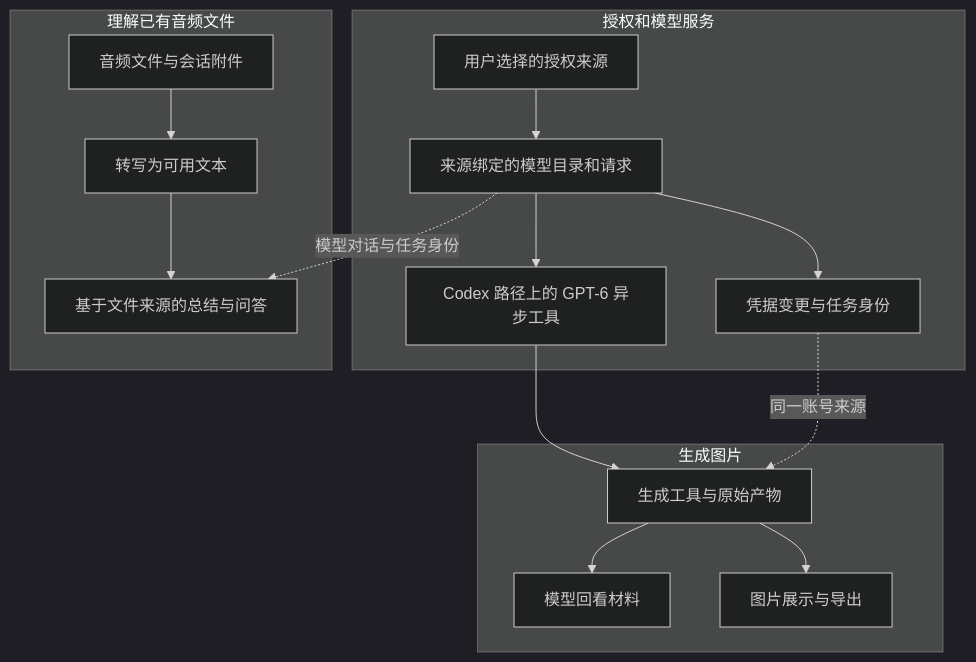
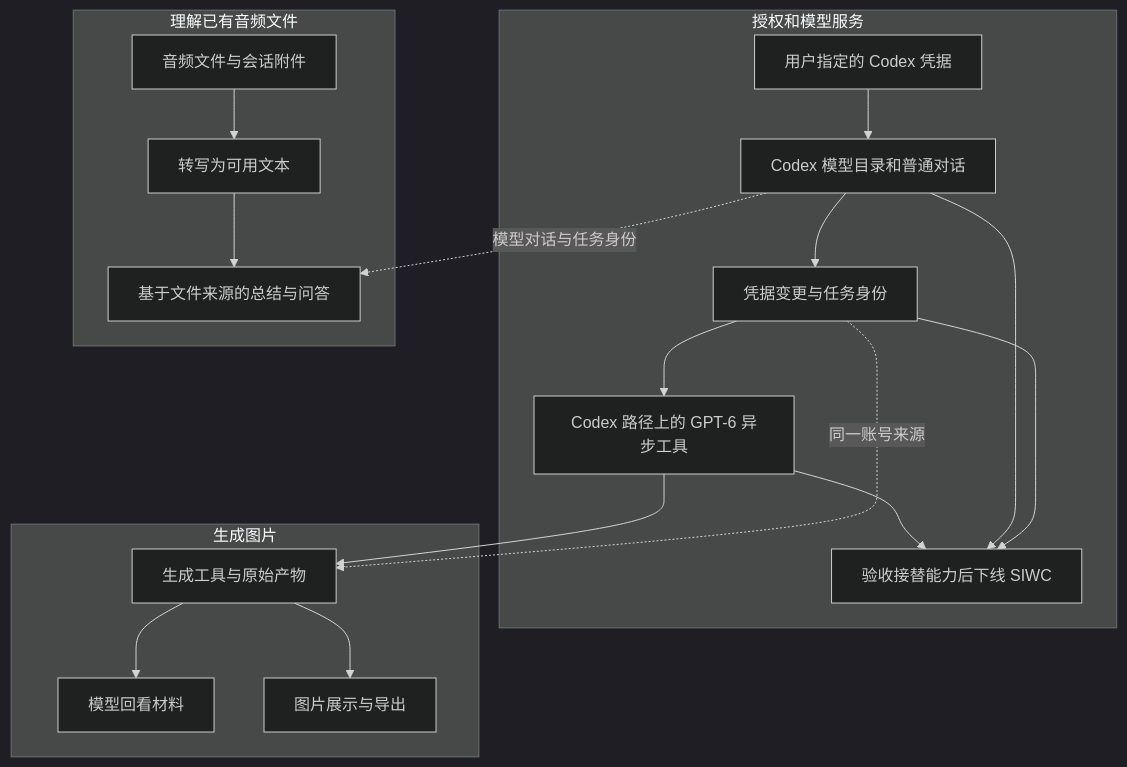
The diagram in plans/subscription-media/00-overview.md (slc90/Agentelier), drawn with Mermaid (dark theme) before and after one commit. The commit also changed other lines of this file and 11 other files, not shown here.

First line of the commit message:
Plan SIWC retirement after the Codex OAuth migration

````diff
--- a/plans/subscription-media/00-overview.md
+++ b/plans/subscription-media/00-overview.md
@@ -5,19 +5,22 @@
 ```mermaid
 flowchart TD
     subgraph Auth["授权和模型服务"]
-        A["用户选择的授权来源"] --> B["来源绑定的模型目录和请求"]
+        A["用户指定的 Codex 凭据"] --> B["Codex 模型目录和普通对话"]
         B --> C["凭据变更与任务身份"]
-        B --> D["Codex 路径上的 GPT-6 异步工具"]
+        C --> D["Codex 路径上的 GPT-6 异步工具"]
+        D --> K["验收接替能力后下线 SIWC"]
+        B --> K
+        C --> K
     end
     subgraph Image["生成图片"]
         D --> E["生成工具与原始产物"]
         E --> F["模型回看材料"]
         E --> G["图片展示与导出"]
     end
     subgraph Audio["理解已有音频文件"]
         H["音频文件与会话附件"] --> I["转写为可用文本"]
         I --> J["基于文件来源的总结与问答"]
     end
     B -. "模型对话与任务身份" .-> J
     C -. "同一账号来源" .-> E
 ```
````
